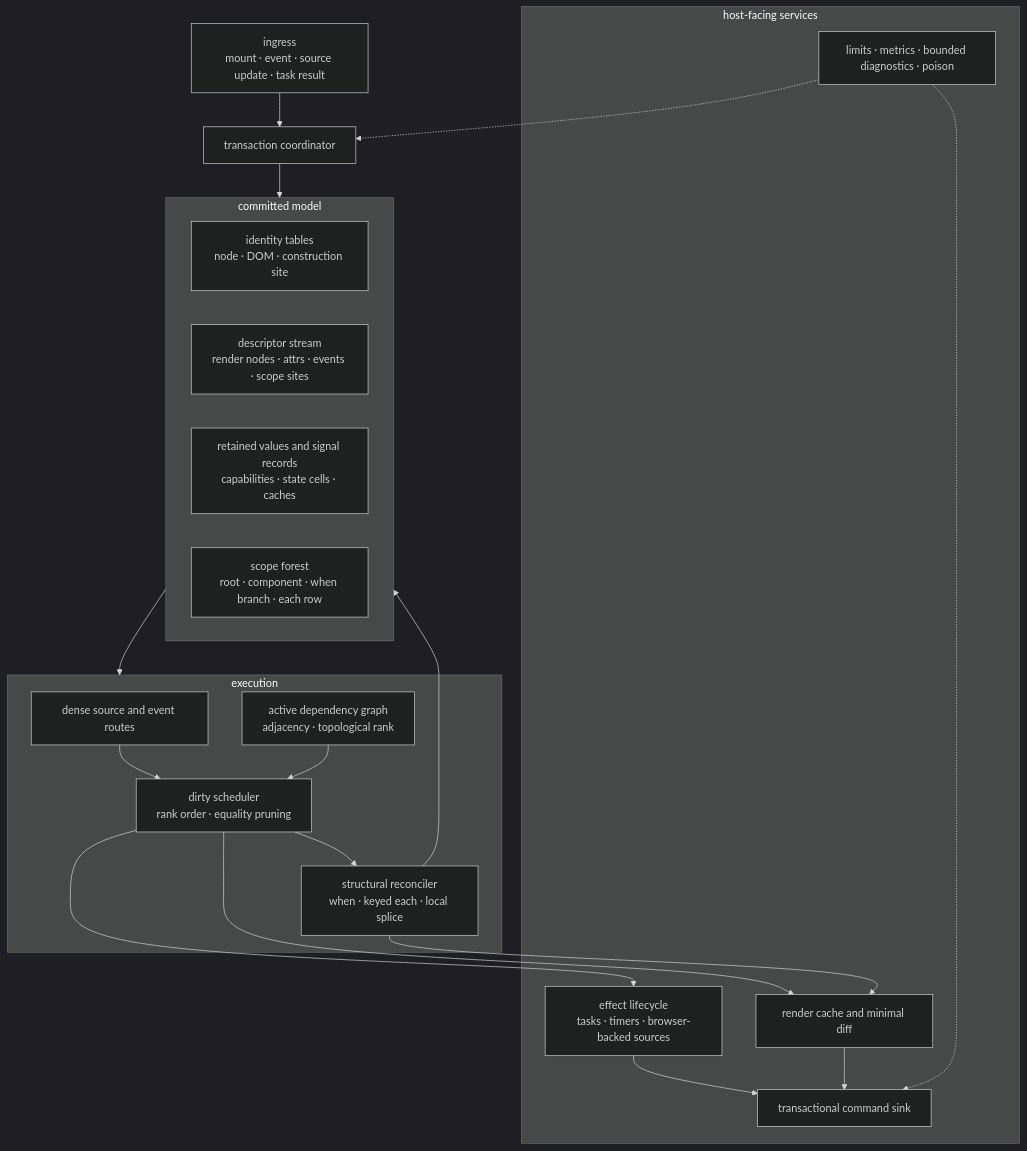
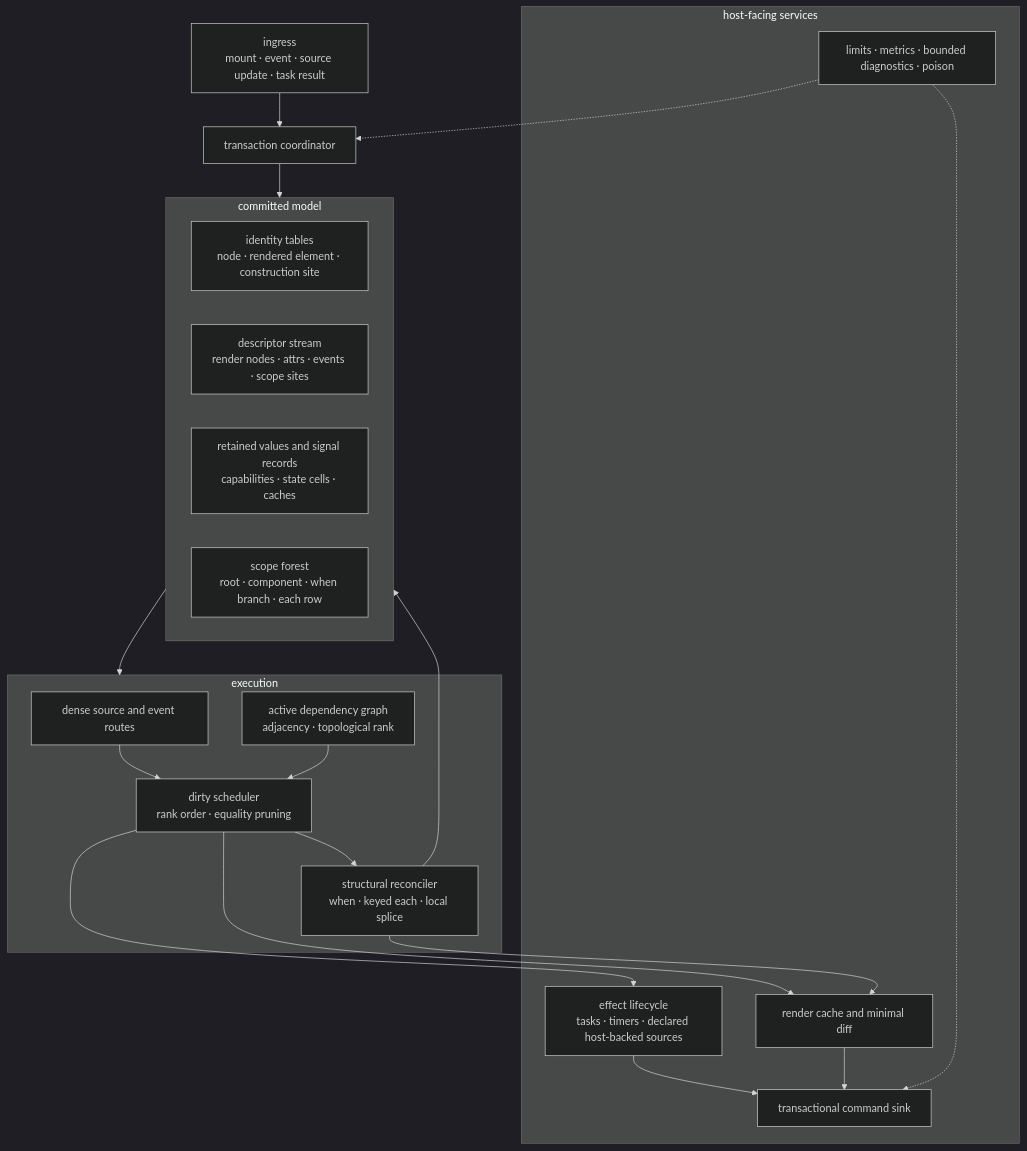
The second of 3 diagrams in design.md (lukewilliamboswell/roc-signals), drawn with Mermaid (dark theme) before and after one commit. The commit also changed other lines of this file and 2 other files, not shown here.

Commit message:
Document native GUI architecture and complete macOS stubs

````diff
--- a/design.md
+++ b/design.md
@@ -1359,39 +1385,39 @@
 ```mermaid
 flowchart TB
     Ingress["ingress<br/>mount · event · source update · task result"] --> Tx["transaction coordinator"]
 
     subgraph Model["committed model"]
-        Identity["identity tables<br/>node · DOM · construction site"]
+        Identity["identity tables<br/>node · rendered element · construction site"]
         Desc["descriptor stream<br/>render nodes · attrs · events · scope sites"]
         Values["retained values and signal records<br/>capabilities · state cells · caches"]
         Scope["scope forest<br/>root · component · when branch · each row"]
     end
 
     subgraph Execute["execution"]
         Route["dense source and event routes"]
         Graph["active dependency graph<br/>adjacency · topological rank"]
         Schedule["dirty scheduler<br/>rank order · equality pruning"]
         Structure["structural reconciler<br/>when · keyed each · local splice"]
     end
 
     subgraph Services["host-facing services"]
-        Effects["effect lifecycle<br/>tasks · timers · browser-backed sources"]
+        Effects["effect lifecycle<br/>tasks · timers · declared host-backed sources"]
         Render["render cache and minimal diff"]
         Sink["transactional command sink"]
         Safety["limits · metrics · bounded diagnostics · poison"]
     end
 
     Tx --> Model
     Model --> Execute
     Route --> Schedule
     Graph --> Schedule
     Schedule --> Structure
     Schedule --> Effects
     Schedule --> Render
     Structure --> Model
     Structure --> Render
     Effects --> Sink
     Render --> Sink
     Safety -.-> Tx
     Safety -.-> Sink
 ```
````
